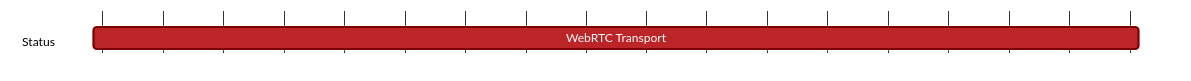
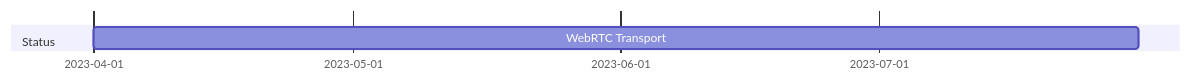
Before and after one commit to logos-co/roadmap: the diagram in content/roadmap/vac/p2p/nimlibp2p/vac/webrtc-transport.md, drawn with Mermaid.

Commit message:
vac roadmap fix gantt cont'

````diff
--- a/content/roadmap/vac/p2p/nimlibp2p/vac/webrtc-transport.md
+++ b/content/roadmap/vac/p2p/nimlibp2p/vac/webrtc-transport.md
@@ -7,20 +7,20 @@
 ```mermaid
 %%{
   init: {
     'theme': 'base',
     'themeVariables': {
       'primaryColor': '#BB2528',
       'primaryTextColor': '#fff',
       'primaryBorderColor': '#7C0000',
       'lineColor': '#F8B229',
       'secondaryColor': '#006100',
       'tertiaryColor': '#fff',
-      'tickInterval': '1month'
     }
   }
 }%%
 gantt
+  tickInterval 1month
   dateFormat YYYY-MM-DD
   section Status
     WebRTC Transport: 2023-04-01, 2023-07-31
 ```
````
